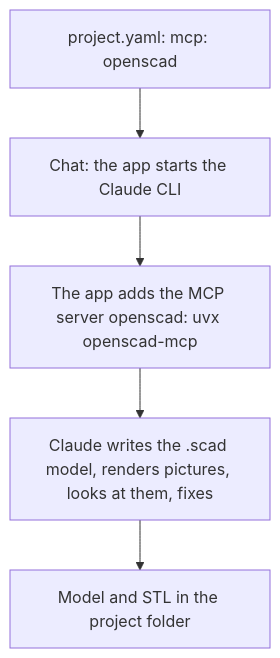
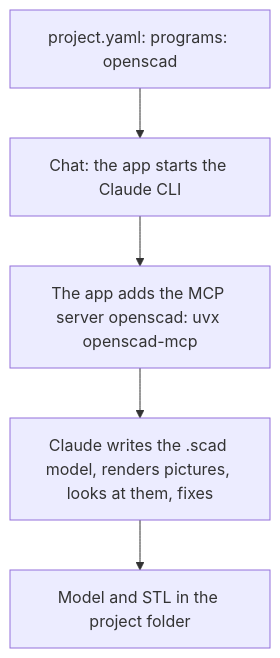
One commit to GFGMNET/Workspace changed the diagram in docs/plans/OPENSCAD.md. Above: the diagram before and after it, drawn with Mermaid. The commit also changed other lines of this file and 6 other files, not shown here.

First line of the commit message:
MCP plans: switched on with programs: (approved), Ready 2 Deploy again

````diff
--- a/docs/plans/OPENSCAD.md
+++ b/docs/plans/OPENSCAD.md
@@ -64,7 +62,7 @@
 ```mermaid
 flowchart TD
-  A[project.yaml: mcp: openscad] --> B[Chat: the app starts the Claude CLI]
+  A[project.yaml: programs: openscad] --> B[Chat: the app starts the Claude CLI]
   B --> C[The app adds the MCP server openscad: uvx openscad-mcp]
   C --> D[Claude writes the .scad model, renders pictures, looks at them, fixes]
   D --> E[Model and STL in the project folder]
 ```
````
